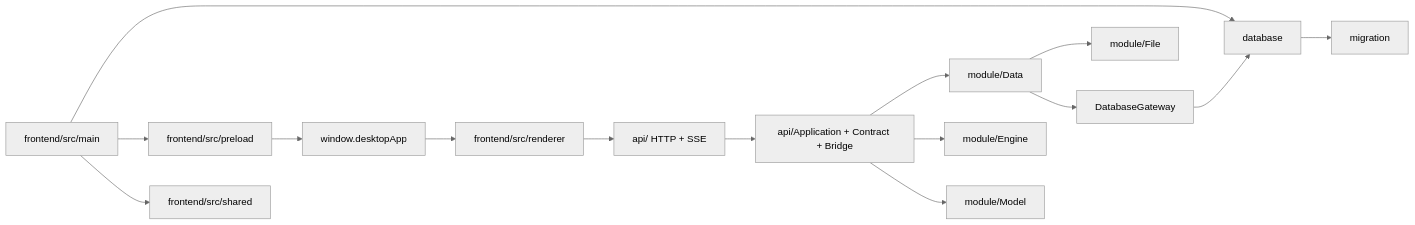
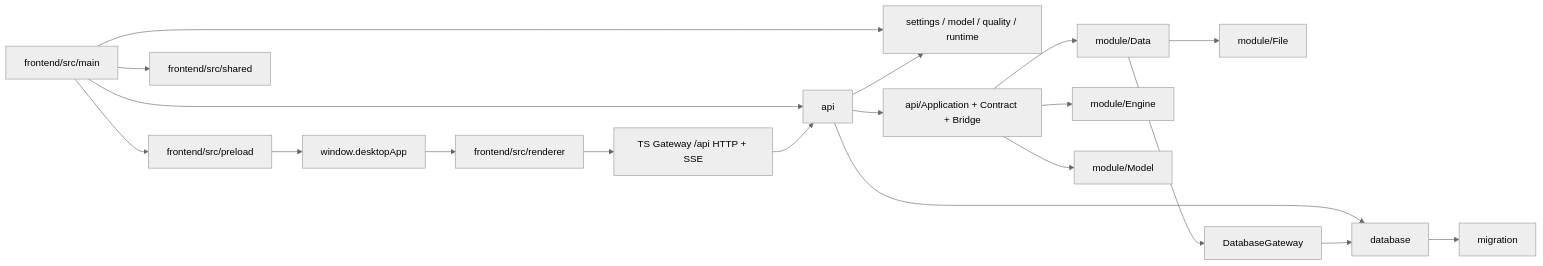
One commit to neavo/LinguaGacha changed the first of 3 diagrams in docs/ARCHITECTURE.md. Above: the diagram before and after it, drawn with Mermaid (neutral theme). The commit also changed other lines of this file and 80 other files, not shown here.

````diff
--- a/docs/ARCHITECTURE.md
+++ b/docs/ARCHITECTURE.md
@@ -8,17 +8,21 @@
 ```mermaid
 flowchart LR
-    A["frontend/src/main"] --> M["database"]
+    A["frontend/src/main"] --> O["api"]
+    A --> P["settings / model / quality / runtime"]
+    O --> P
+    O --> M["database"]
+    O --> G["api/Application + Contract + Bridge"]
     M --> N["migration"]
     A --> B["frontend/src/preload"]
     A --> C["frontend/src/shared"]
     B --> D["window.desktopApp"]
     D --> E["frontend/src/renderer"]
-    E --> F["api/ HTTP + SSE"]
-    F --> G["api/Application + Contract + Bridge"]
+    E --> F["TS Gateway /api HTTP + SSE"]
+    F --> O
     G --> H["module/Data"]
     G --> I["module/Engine"]
     H --> J["module/File"]
     G --> K["module/Model"]
     H --> L["DatabaseGateway"]
     L --> M
 ```
````
